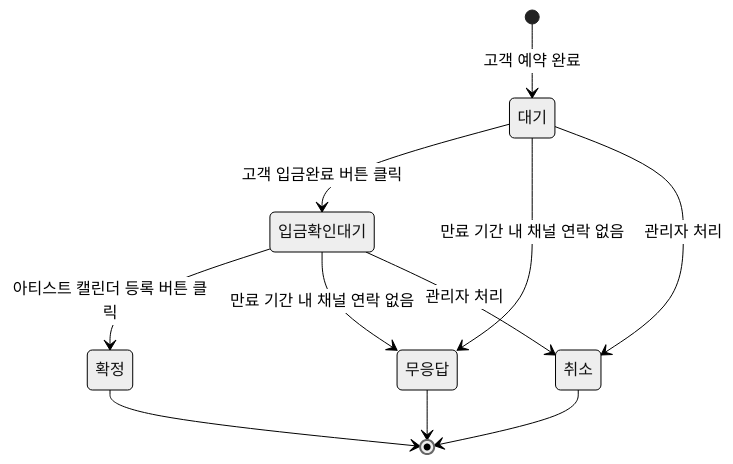
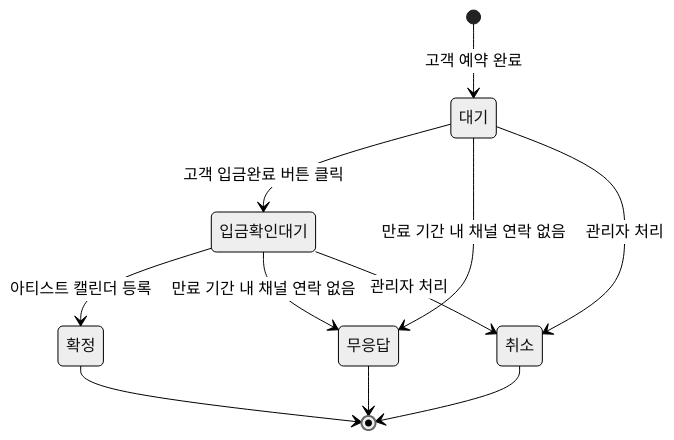
The first of 8 diagrams in README.md (leeyonghee030/tattoo_project), drawn with Mermaid (neutral theme) before and after one commit. The commit also changed other lines of this file, not shown here.

First line of the commit message:
DOCS(readme): 워크플로우 다이어그램 단순화 및 핵심 시나리오 추가 - 2026-05-20

````diff
--- a/README.md
+++ b/README.md
@@ -33,13 +28,13 @@
 ```mermaid
 stateDiagram-v2
     [*] --> 대기: 고객 예약 완료
     대기 --> 입금확인대기: 고객 입금완료 버튼 클릭
-    입금확인대기 --> 확정: 아티스트 캘린더 등록 버튼 클릭
+    입금확인대기 --> 확정: 아티스트 캘린더 등록
     대기 --> 무응답: 만료 기간 내 채널 연락 없음
     입금확인대기 --> 무응답: 만료 기간 내 채널 연락 없음
     대기 --> 취소: 관리자 처리
     입금확인대기 --> 취소: 관리자 처리
     확정 --> [*]
     무응답 --> [*]
     취소 --> [*]
 ```
````
